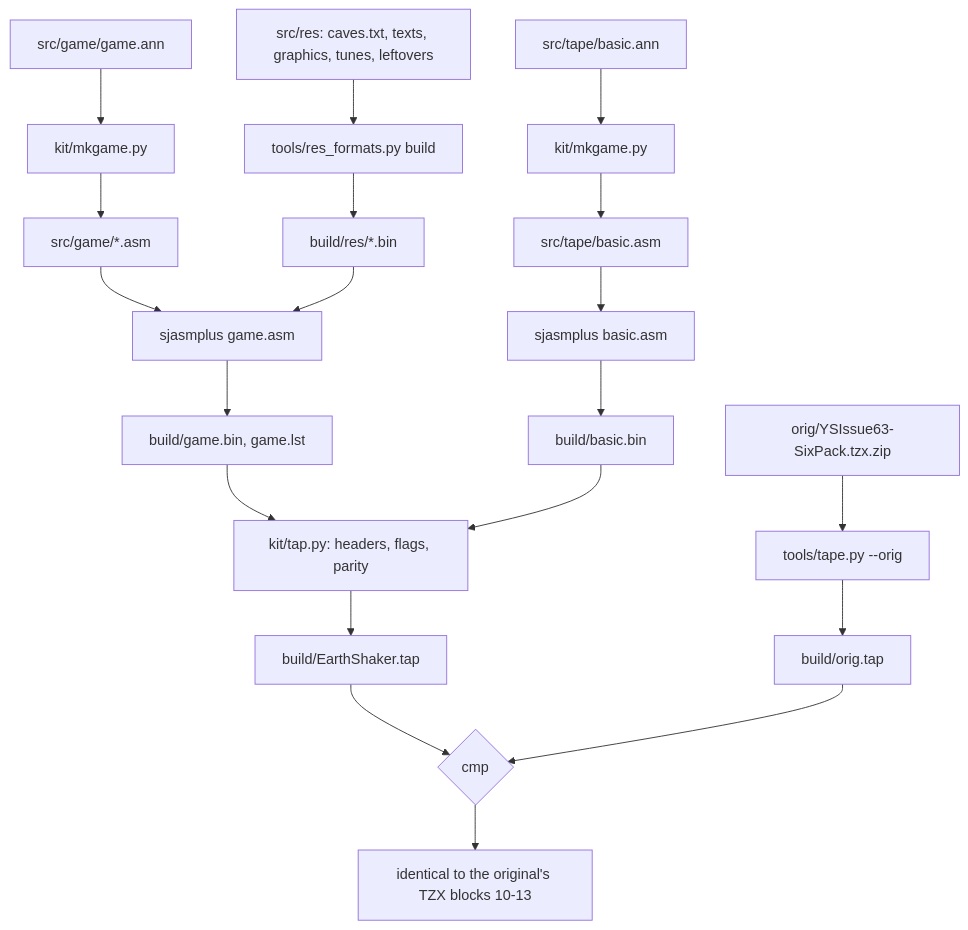
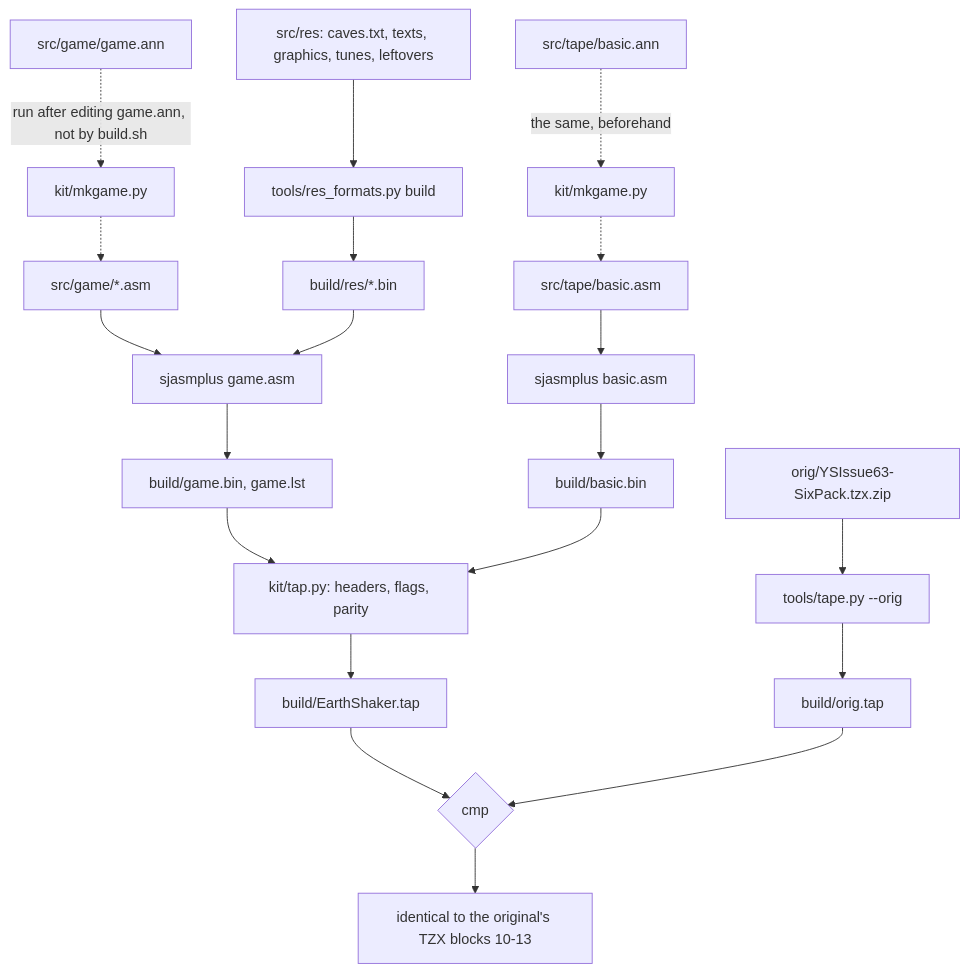
The second of 2 diagrams in games/earth-shaker/docs/03-build-and-load.md (alfishe/unrealng-reverse-cases), drawn with Mermaid before and after one commit. The commit also changed other lines of this file and 52 other files, not shown here.

Commit message:
Earth Shaker: review round 1 fixes (jelly bean, stack depth, menu flow, DigInPlace sound, teleport-599 bug, witness counts recounted, bright quarters)

````diff
--- a/games/earth-shaker/docs/03-build-and-load.md
+++ b/games/earth-shaker/docs/03-build-and-load.md
@@ -208,17 +210,17 @@
 ```mermaid
 flowchart TD
-    ANN["src/game/game.ann"] --> MK["kit/mkgame.py"] --> ASM["src/game/*.asm"]
+    ANN["src/game/game.ann"] -. "run after editing game.ann, not by build.sh" .-> MK["kit/mkgame.py"] -.-> ASM["src/game/*.asm"]
     RES["src/res: caves.txt, texts, graphics, tunes, leftovers"] --> RF["tools/res_formats.py build"] --> BRES["build/res/*.bin"]
     ASM --> SJ1["sjasmplus game.asm"]
     BRES --> SJ1
     SJ1 --> GB["build/game.bin, game.lst"]
-    BANN["src/tape/basic.ann"] --> MK2["kit/mkgame.py"] --> BASM["src/tape/basic.asm"]
+    BANN["src/tape/basic.ann"] -. "the same, beforehand" .-> MK2["kit/mkgame.py"] -.-> BASM["src/tape/basic.asm"]
     BASM --> SJ2["sjasmplus basic.asm"] --> BB["build/basic.bin"]
     GB --> TAP["kit/tap.py: headers, flags, parity"]
     BB --> TAP
     TAP --> OUT["build/EarthShaker.tap"]
     ORIG["orig/YSIssue63-SixPack.tzx.zip"] --> TP["tools/tape.py --orig"] --> OT["build/orig.tap"]
     OUT --> CMP{"cmp"}
     OT --> CMP
     CMP --> OK["identical to the original's TZX blocks 10-13"]
 ```
````
